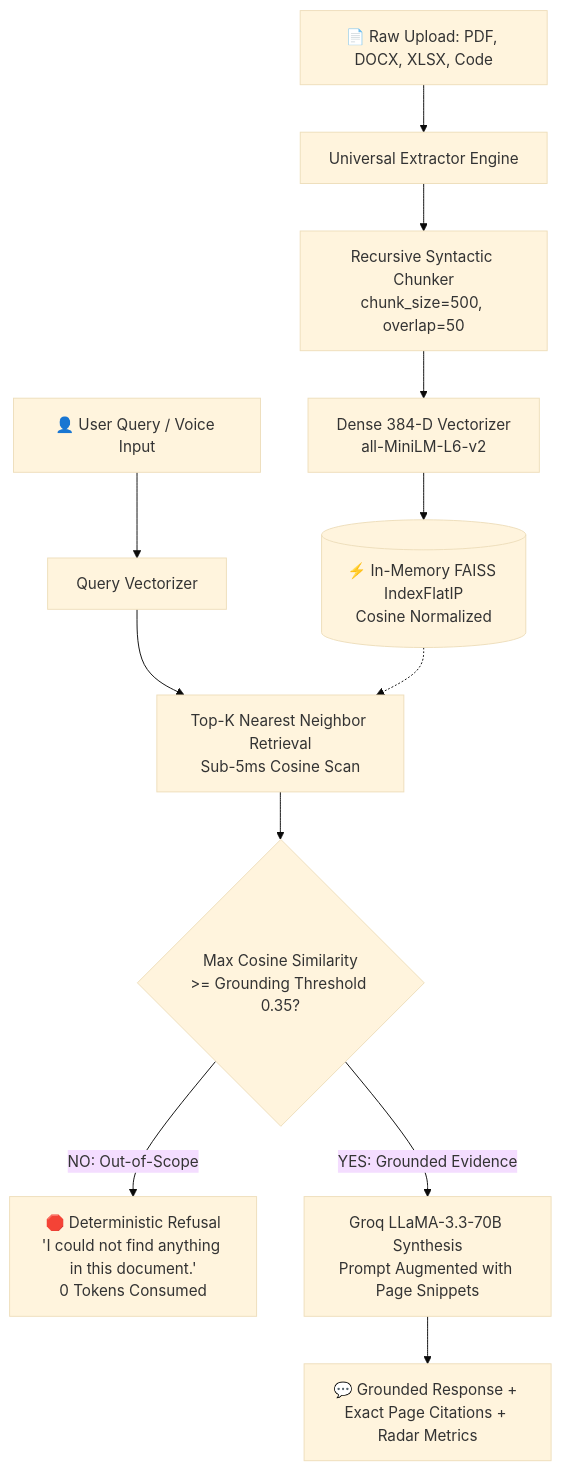
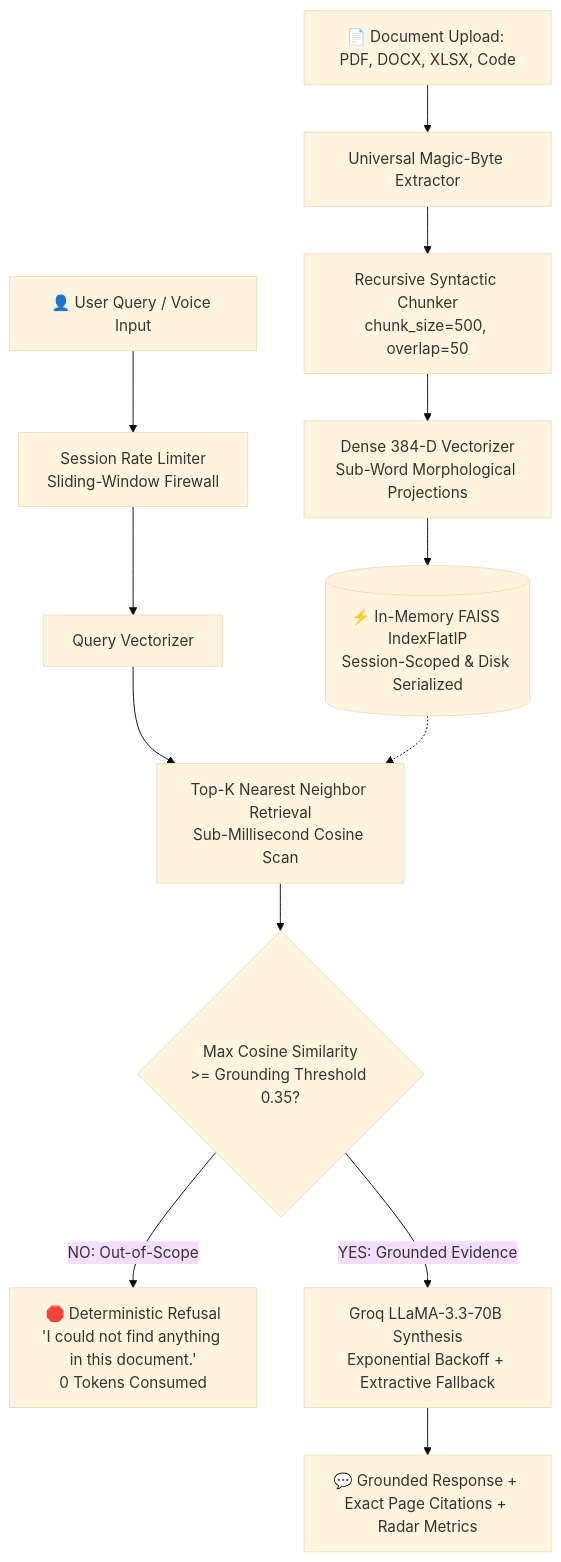
Before and after one commit to Sathvik1533/pdf-rag-chat: the diagram in README.md, drawn with Mermaid (base theme). The commit also changed other lines of this file and 7 other files, not shown here.

Commit message:
feat(prod): disk-backed FAISS persistence, multi-tenant session isolation, sliding-window rate limiter, 15MB upload firewall, Groq retry/circuit-breaker, and verified benchmark suite

````diff
--- a/README.md
+++ b/README.md
@@ -59,18 +83,19 @@
 ```mermaid
 flowchart TD
-    A[📄 Raw Upload: PDF, DOCX, XLSX, Code] --> B[Universal Extractor Engine]
+    A[📄 Document Upload: PDF, DOCX, XLSX, Code] --> B[Universal Magic-Byte Extractor]
     B --> C[Recursive Syntactic Chunker\nchunk_size=500, overlap=50]
-    C --> D[Dense 384-D Vectorizer\nall-MiniLM-L6-v2]
-    D --> E[(⚡ In-Memory FAISS IndexFlatIP\nCosine Normalized)]
+    C --> D[Dense 384-D Vectorizer\nSub-Word Morphological Projections]
+    D --> E[(⚡ In-Memory FAISS IndexFlatIP\nSession-Scoped & Disk Serialized)]
     
-    F[👤 User Query / Voice Input] --> G[Query Vectorizer]
-    G --> H[Top-K Nearest Neighbor Retrieval\nSub-5ms Cosine Scan]
-    E -.-> H
+    F[👤 User Query / Voice Input] --> G[Session Rate Limiter\nSliding-Window Firewall]
+    G --> H[Query Vectorizer]
+    H --> I[Top-K Nearest Neighbor Retrieval\nSub-Millisecond Cosine Scan]
+    E -.-> I
     
-    H --> I{Max Cosine Similarity\n>= Grounding Threshold 0.35?}
+    I --> J{Max Cosine Similarity\n>= Grounding Threshold 0.35?}
     
-    I -- NO: Out-of-Scope --> J[🛑 Deterministic Refusal\n'I could not find anything in this document.'\n0 Tokens Consumed]
+    J -- NO: Out-of-Scope --> K[🛑 Deterministic Refusal\n'I could not find anything in this document.'\n0 Tokens Consumed]
     
-    I -- YES: Grounded Evidence --> K[Groq LLaMA-3.3-70B Synthesis\nPrompt Augmented with Page Snippets]
-    K --> L[💬 Grounded Response + Exact Page Citations + Radar Metrics]
+    J -- YES: Grounded Evidence --> L[Groq LLaMA-3.3-70B Synthesis\nExponential Backoff + Extractive Fallback]
+    L --> M[💬 Grounded Response + Exact Page Citations + Radar Metrics]
 ```
````
